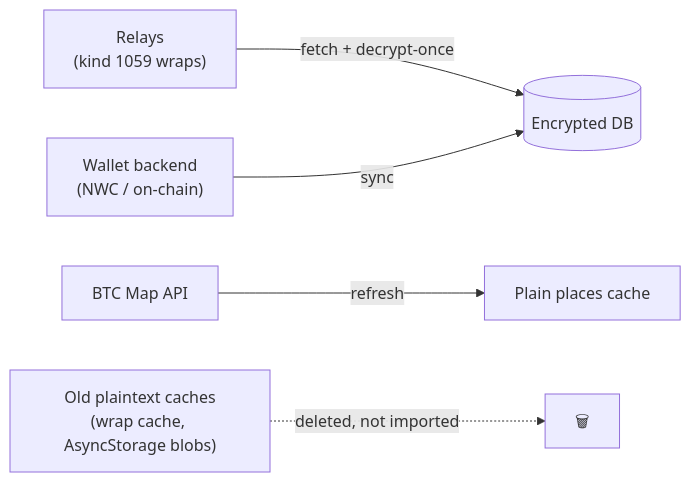
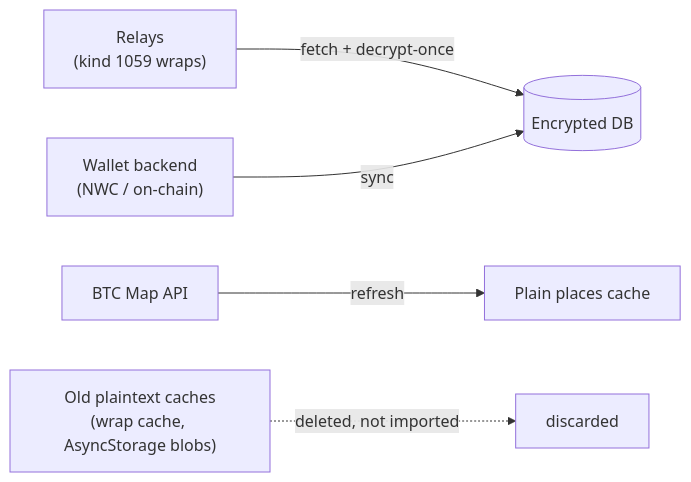
One commit to BenGWeeks/lightning-piggy-mobile changed the third of 3 diagrams in docs/DATA_STORAGE.adoc. Above: the diagram before and after it, drawn with Mermaid. The commit also changed other lines of this file, not shown here.

First line of the commit message:
docs(storage): resolve #702 Copilot review

```diff
--- a/docs/DATA_STORAGE.adoc
+++ b/docs/DATA_STORAGE.adoc
@@ -253,8 +262,8 @@
 [mermaid]
 ....
 flowchart LR
     R["Relays<br/>(kind 1059 wraps)"] -->|"fetch + decrypt-once"| DB[("Encrypted DB")]
     W["Wallet backend<br/>(NWC / on-chain)"] -->|"sync"| DB
     BM["BTC Map API"] -->|"refresh"| PC["Plain places cache"]
-    OLD["Old plaintext caches<br/>(wrap cache, AsyncStorage blobs)"] -.->|"deleted, not imported"| X["🗑"]
+    OLD["Old plaintext caches<br/>(wrap cache, AsyncStorage blobs)"] -.->|"deleted, not imported"| X["discarded"]
 ....
```
